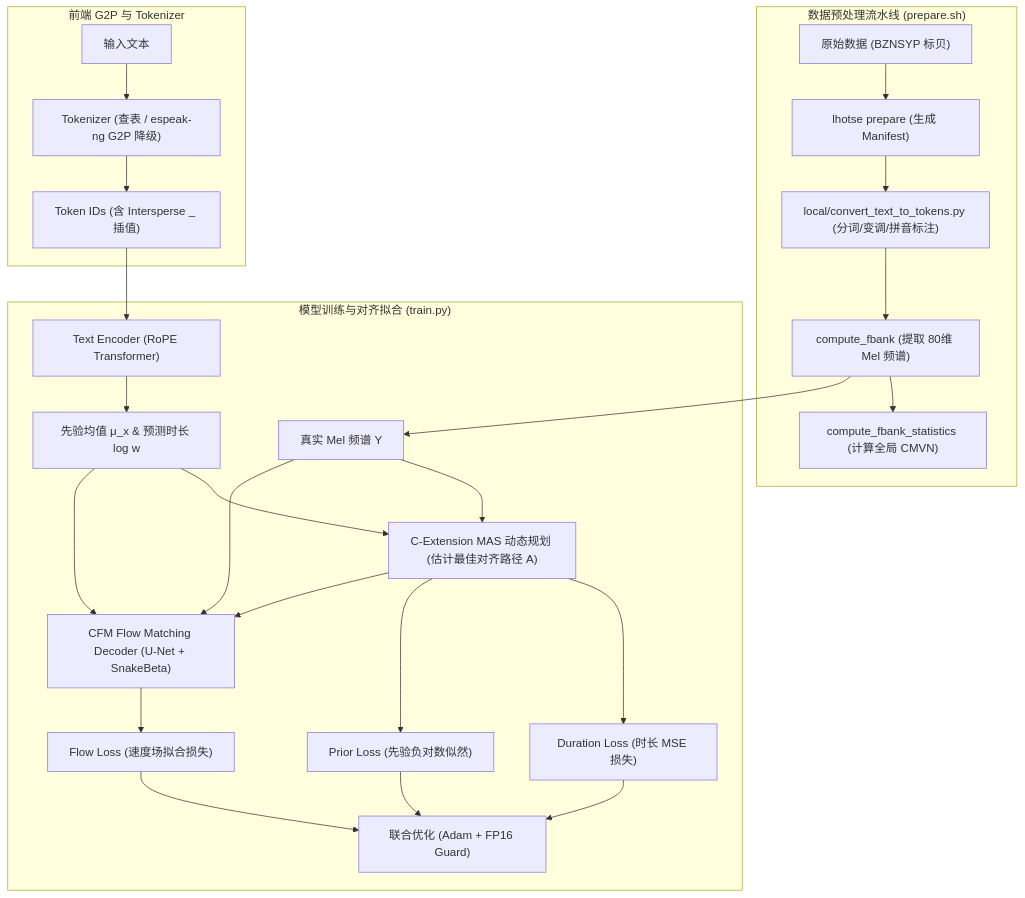
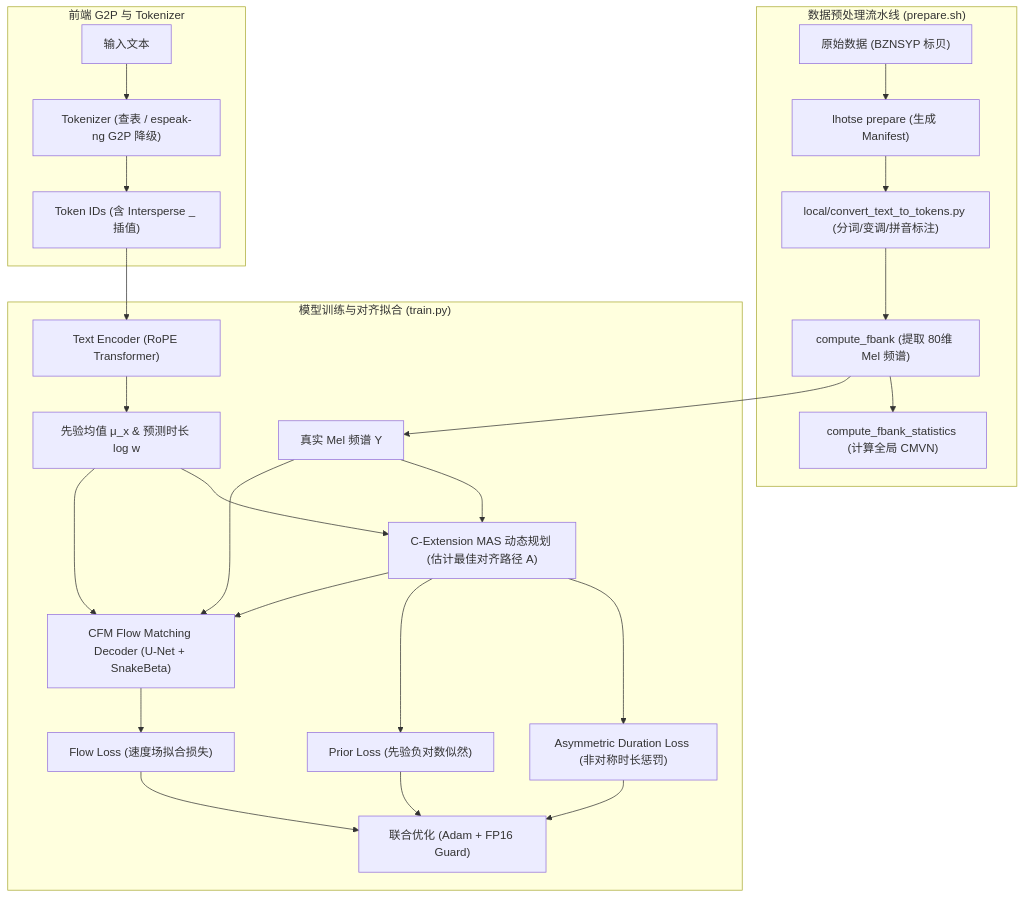
The diagram in docs/subpage/AI/subsubpage/智能语音/第_13_课：Matcha-TTS训练全流程与工程实战.md (UrsoCN/Docs), drawn with Mermaid before and after one commit. The commit also changed other lines of this file and 1 other file, not shown here.

````diff
--- a/docs/subpage/AI/subsubpage/智能语音/第_13_课：Matcha-TTS训练全流程与工程实战.md
+++ b/docs/subpage/AI/subsubpage/智能语音/第_13_课：Matcha-TTS训练全流程与工程实战.md
@@ -17,29 +17,29 @@
 ```mermaid
 graph TD
     subgraph "数据预处理流水线 (prepare.sh)"
         A["原始数据 (BZNSYP 标贝)"] --> B["lhotse prepare (生成 Manifest)"]
         B --> C["local/convert_text_to_tokens.py (分词/变调/拼音标注)"]
         C --> D["compute_fbank (提取 80维 Mel 频谱)"]
         D --> E["compute_fbank_statistics (计算全局 CMVN)"]
     end
     
     subgraph "前端 G2P 与 Tokenizer"
         F["输入文本"] --> G["Tokenizer (查表 / espeak-ng G2P 降级)"]
         G --> H["Token IDs (含 Intersperse _ 插值)"]
     end
     
     subgraph "模型训练与对齐拟合 (train.py)"
         H --> I["Text Encoder (RoPE Transformer)"]
         D --> J["真实 Mel 频谱 Y"]
         I --> K["先验均值 μ_x & 预测时长 log w"]
         
         K & J --> L["C-Extension MAS 动态规划 (估计最佳对齐路径 A)"]
-        L --> M["Duration Loss (时长 MSE 损失)"]
+        L --> M["Asymmetric Duration Loss (非对称时长惩罚)"]
         L --> N["Prior Loss (先验负对数似然)"]
         
         K & L & J --> O["CFM Flow Matching Decoder (U-Net + SnakeBeta)"]
         O --> P["Flow Loss (速度场拟合损失)"]
         
         M & N & P --> Q["联合优化 (Adam + FP16 Guard)"]
     end
 ```
````
